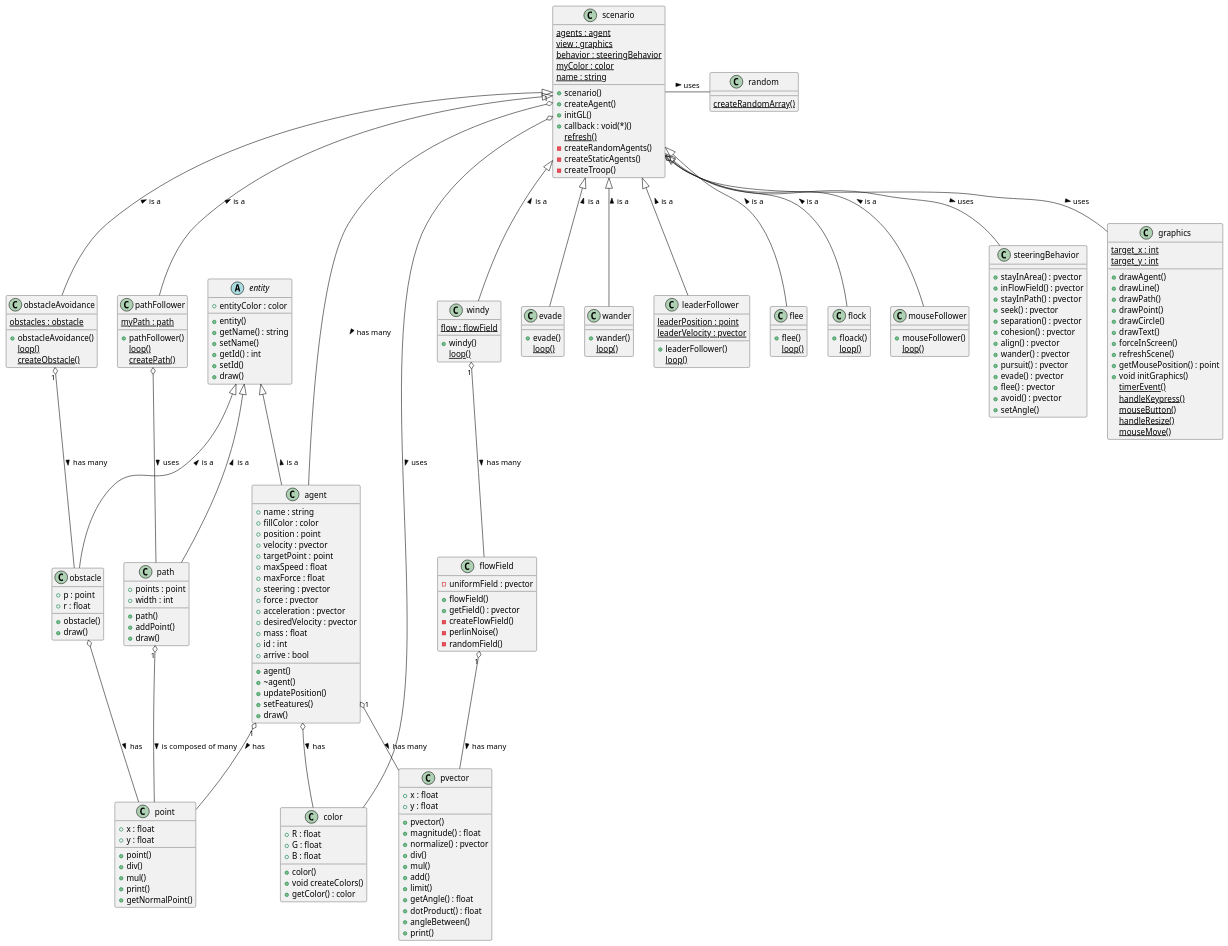
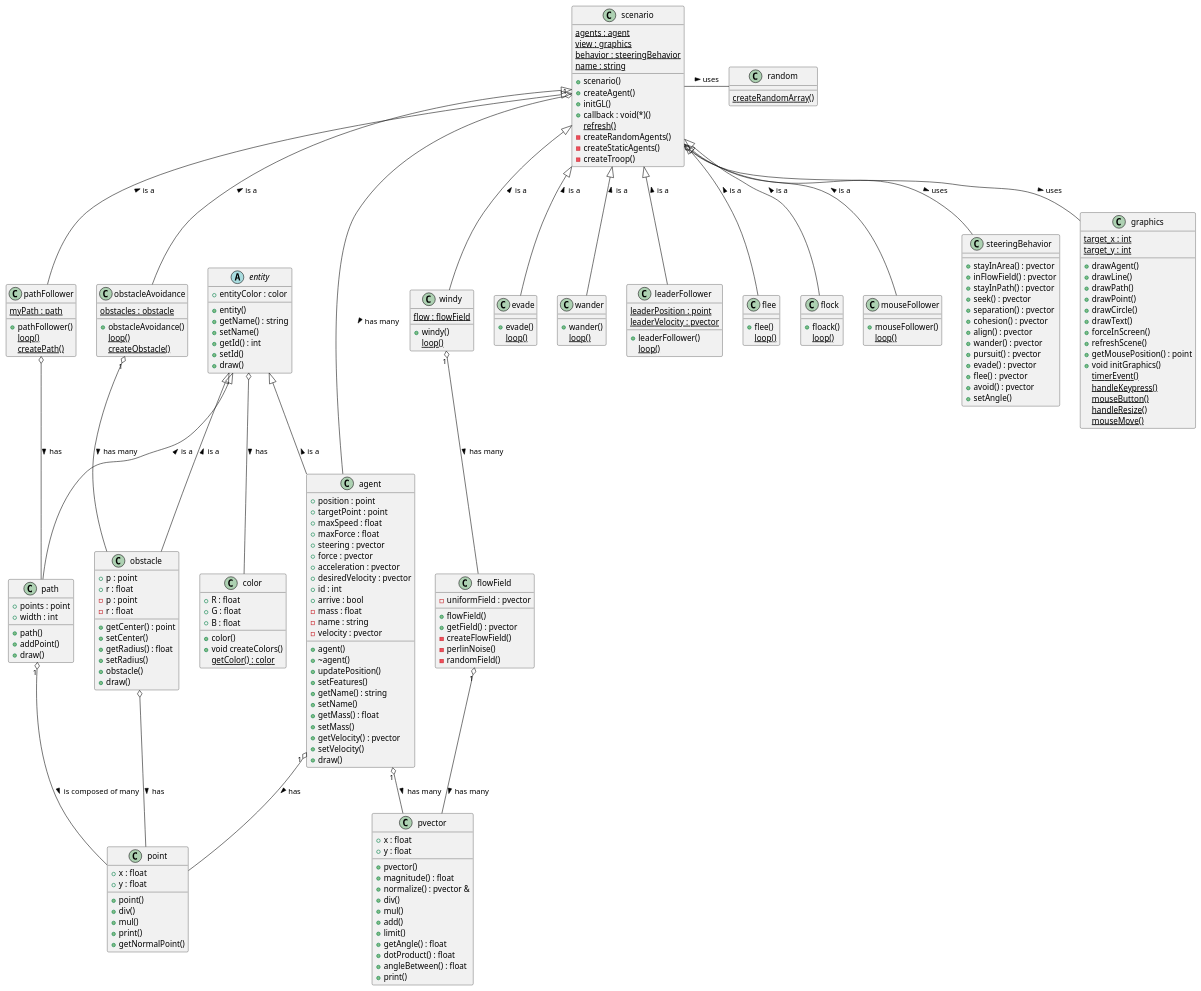
One commit to mehmetrizaoz/autonomousSteeringAgents changed the diagram in docs/uml/class_diagram.puml. Above: the diagram before and after it, drawn with PlantUML. The commit also changed 15 other files, not shown here.

```diff
--- a/docs/uml/class_diagram.puml
+++ b/docs/uml/class_diagram.puml
@@ -86,7 +86,6 @@
   {static}agents : agent
   {static}view : graphics
   {static}behavior : steeringBehavior
-  {static}myColor : color
   {static}name : string
   +callback : void(*)()
   {static}refresh()
@@ -112,11 +111,14 @@
   +~agent()
   +updatePosition()
   +setFeatures()
+  +getName() : string
+  +setName()
+  +getMass() : float
+  +setMass()
+  +getVelocity() : pvector
+  +setVelocity()  
   +draw()
-  +name : string
-  +fillColor : color
   +position : point
-  +velocity : pvector
   +targetPoint : point
   +maxSpeed : float
   +maxForce : float
@@ -124,22 +126,24 @@
   +force : pvector
   +acceleration : pvector
   +desiredVelocity : pvector
-  +mass : float
   +id : int
   +arrive : bool
+  -mass : float
+  -name : string
+  -velocity : pvector
 }
 
 class pvector{
   +pvector()
   +magnitude() : float
-  +normalize() : pvector
+  +normalize() : pvector &
   +div()
   +mul()
   +add()
   +limit()
   +getAngle() : float
   +dotProduct() : float
-  +angleBetween()
+  +angleBetween() : float
   +print()
   +x : float
   +y : float
@@ -157,8 +161,14 @@
 class obstacle{
   +p : point
   +r : float 
+  +getCenter() : point
+  +setCenter()
+  +getRadius() : float
+  +setRadius()
   +obstacle()  
   +draw()
+  -p : point
+  -r : float
 }
 
 class point{
@@ -178,7 +188,7 @@
   +B : float
   +color()  
   +void createColors()
-  +getColor() : color
+  {static}getColor() : color
 }
 
 class graphics{
@@ -208,12 +218,11 @@
 flowField "1" o-- pvector : has many >
 agent "1" o-- pvector : has many >
 agent "1" o-- point : has >
-agent o-- color : has >
+entity o-- color : has >
 path "1" o-- point : is composed of many >
 scenario "1" o-- agent : has many >
 scenario o-- graphics : uses >
 scenario o-- steeringBehavior : uses  >
-scenario o-- color : uses >
 scenario <|-- evade : is a <
 scenario <|-- leaderFollower : is a <
 scenario <|-- flee : is a <
@@ -224,7 +233,7 @@
 scenario <|-- wander : is a <
 scenario <|-- windy : is a <
 obstacleAvoidance "1" o-- obstacle : has many >
-pathFollower o-- path : uses >
+pathFollower o-- path : has >
 windy "1" o-- flowField : has many >
 scenario - random : uses >
 @enduml
```
